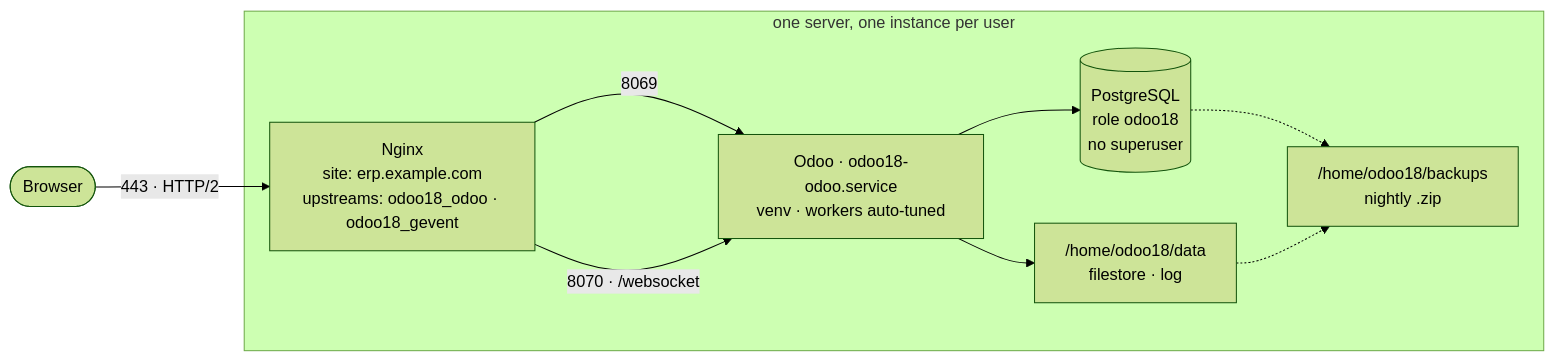
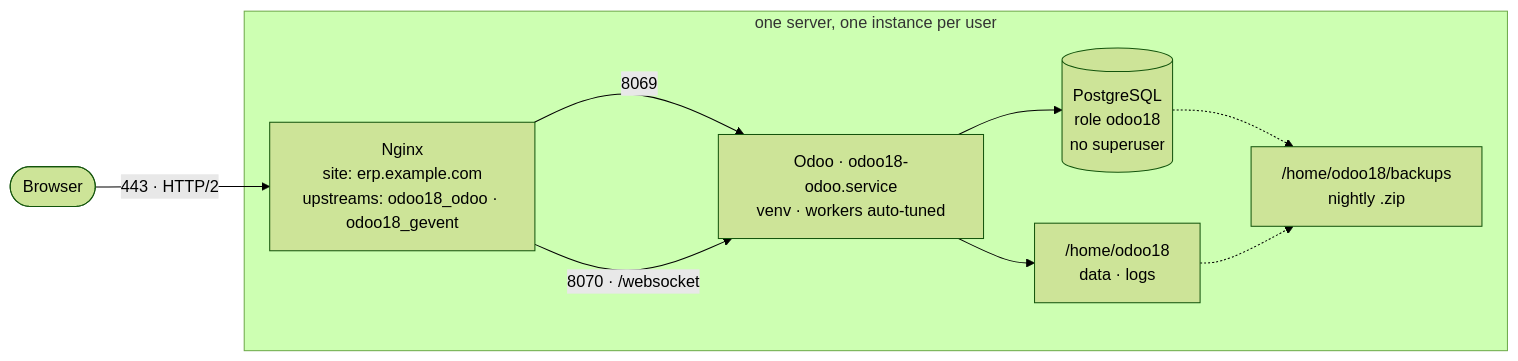
One commit to abdalmola-apps/OdooInstallScript changed the diagram in README.md. Above: the diagram before and after it, drawn with Mermaid (forest theme). The commit also changed other lines of this file and 5 other files, not shown here.

````diff
--- a/README.md
+++ b/README.md
@@ -55,19 +55,19 @@
 ```mermaid
 flowchart LR
     B([Browser]) -->|"443 · HTTP/2"| NG
 
     subgraph server["one server, one instance per user"]
         NG["Nginx<br/>site: erp.example.com<br/>upstreams: odoo18_odoo · odoo18_gevent"]
         OD["Odoo · odoo18-odoo.service<br/>venv · workers auto-tuned"]
         PG[("PostgreSQL<br/>role odoo18<br/>no superuser")]
-        FS["/home/odoo18/data<br/>filestore · log"]
+        FS["/home/odoo18<br/>data · logs"]
         BK["/home/odoo18/backups<br/>nightly .zip"]
     end
 
     NG -->|"8069"| OD
     NG -->|"8070 · /websocket"| OD
     OD --> PG
     OD --> FS
     PG -.-> BK
     FS -.-> BK
 ```
````
